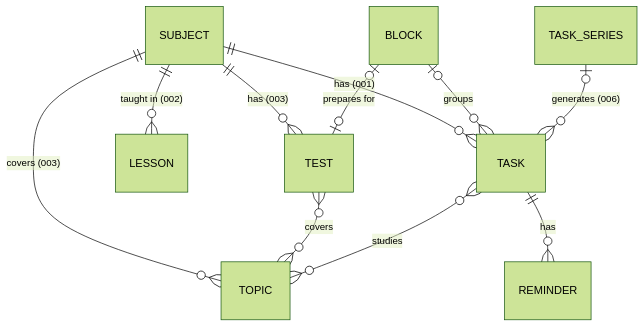
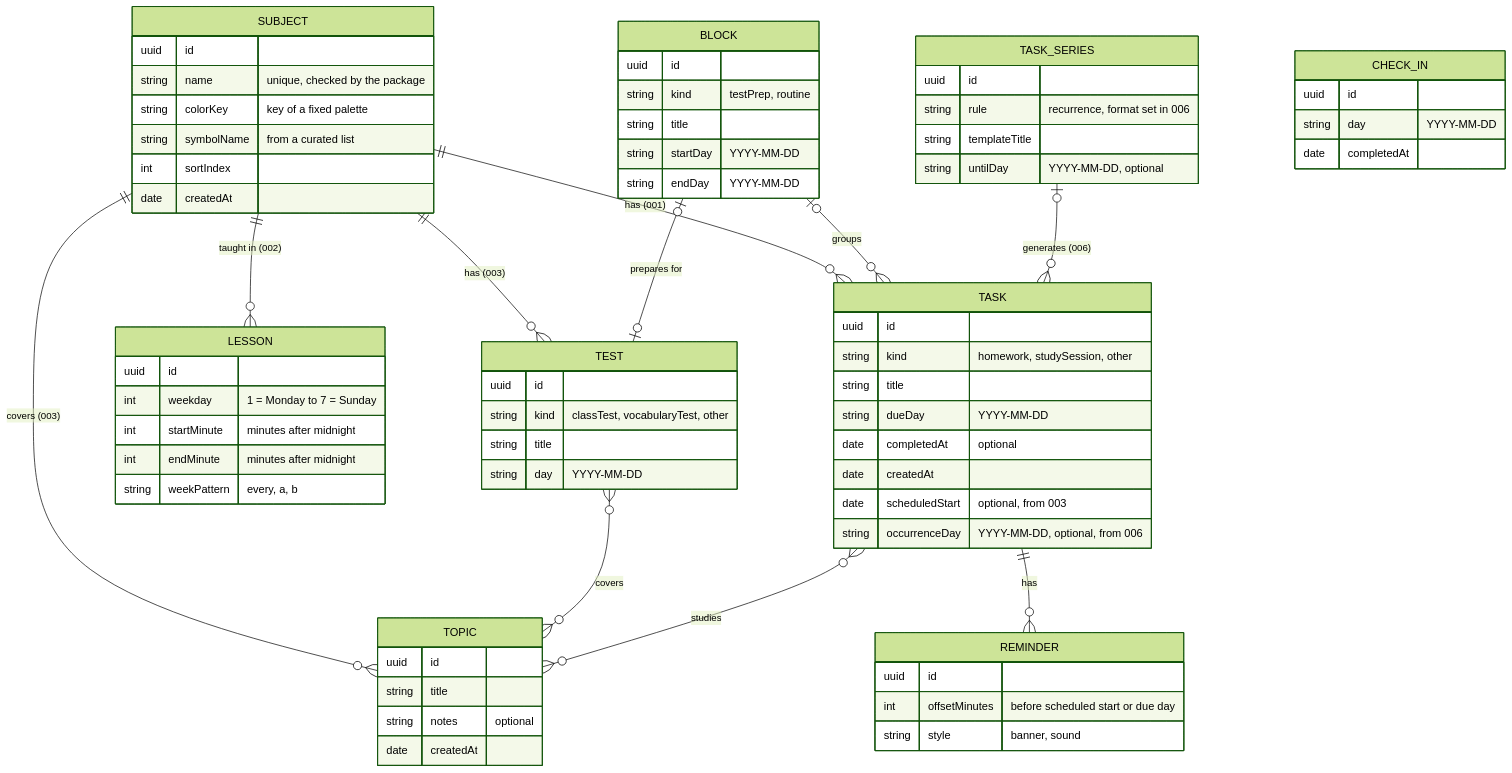
One commit to nicoschmidt/schulplaner changed the diagram in docs/adr/0004-one-task-entity-days-as-calendar-days-plain-values-for-the-domain-package.md. Above: the diagram before and after it, drawn with Mermaid (forest theme). The commit also changed other lines of this file and 1 other file, not shown here.

Commit message:
docs: show attributes with type and format in the domain model diagram
From review on #6's pull request: the diagram in docs/architecture.md showed
only entities and relations, while the attributes, their types and formats
were scattered over the ADR's table and rules. Both Mermaid diagrams — in
ADR-0004 and in docs/architecture.md, kept identical — now list each entity's
attributes with type and, where it matters, format or allowed values, and
include CheckIn.

`id` is not marked as a primary key: ADR-0003 rules out unique constraints,
so it is a stable identity, which the text below the diagram now says. No
decision changes; the attributes are the ones the ADR's table already names.

Refs #6

Claude-Session: https://claude.ai/code/session_01RsAD52TuZL79GzNomJA2xz

````diff
--- a/docs/adr/0004-one-task-entity-days-as-calendar-days-plain-values-for-the-domain-package.md
+++ b/docs/adr/0004-one-task-entity-days-as-calendar-days-plain-values-for-the-domain-package.md
@@ -139,13 +143,73 @@
 ```mermaid
 erDiagram
   SUBJECT ||--o{ TASK : "has (001)"
   SUBJECT ||--o{ LESSON : "taught in (002)"
   SUBJECT ||--o{ TOPIC : "covers (003)"
   SUBJECT ||--o{ TEST : "has (003)"
   TEST }o--o{ TOPIC : covers
   BLOCK |o--o| TEST : "prepares for"
   BLOCK |o--o{ TASK : groups
   TASK }o--o{ TOPIC : studies
   TASK_SERIES |o--o{ TASK : "generates (006)"
   TASK ||--o{ REMINDER : has
+  SUBJECT {
+    uuid id
+    string name "unique, checked by the package"
+    string colorKey "key of a fixed palette"
+    string symbolName "from a curated list"
+    int sortIndex
+    date createdAt
+  }
+  TASK {
+    uuid id
+    string kind "homework, studySession, other"
+    string title
+    string dueDay "YYYY-MM-DD"
+    date completedAt "optional"
+    date createdAt
+    date scheduledStart "optional, from 003"
+    string occurrenceDay "YYYY-MM-DD, optional, from 006"
+  }
+  LESSON {
+    uuid id
+    int weekday "1 = Monday to 7 = Sunday"
+    int startMinute "minutes after midnight"
+    int endMinute "minutes after midnight"
+    string weekPattern "every, a, b"
+  }
+  CHECK_IN {
+    uuid id
+    string day "YYYY-MM-DD"
+    date completedAt
+  }
+  REMINDER {
+    uuid id
+    int offsetMinutes "before scheduled start or due day"
+    string style "banner, sound"
+  }
+  TOPIC {
+    uuid id
+    string title
+    string notes "optional"
+    date createdAt
+  }
+  TEST {
+    uuid id
+    string kind "classTest, vocabularyTest, other"
+    string title
+    string day "YYYY-MM-DD"
+  }
+  BLOCK {
+    uuid id
+    string kind "testPrep, routine"
+    string title
+    string startDay "YYYY-MM-DD"
+    string endDay "YYYY-MM-DD"
+  }
+  TASK_SERIES {
+    uuid id
+    string rule "recurrence, format set in 006"
+    string templateTitle
+    string untilDay "YYYY-MM-DD, optional"
+  }
 ```
````
